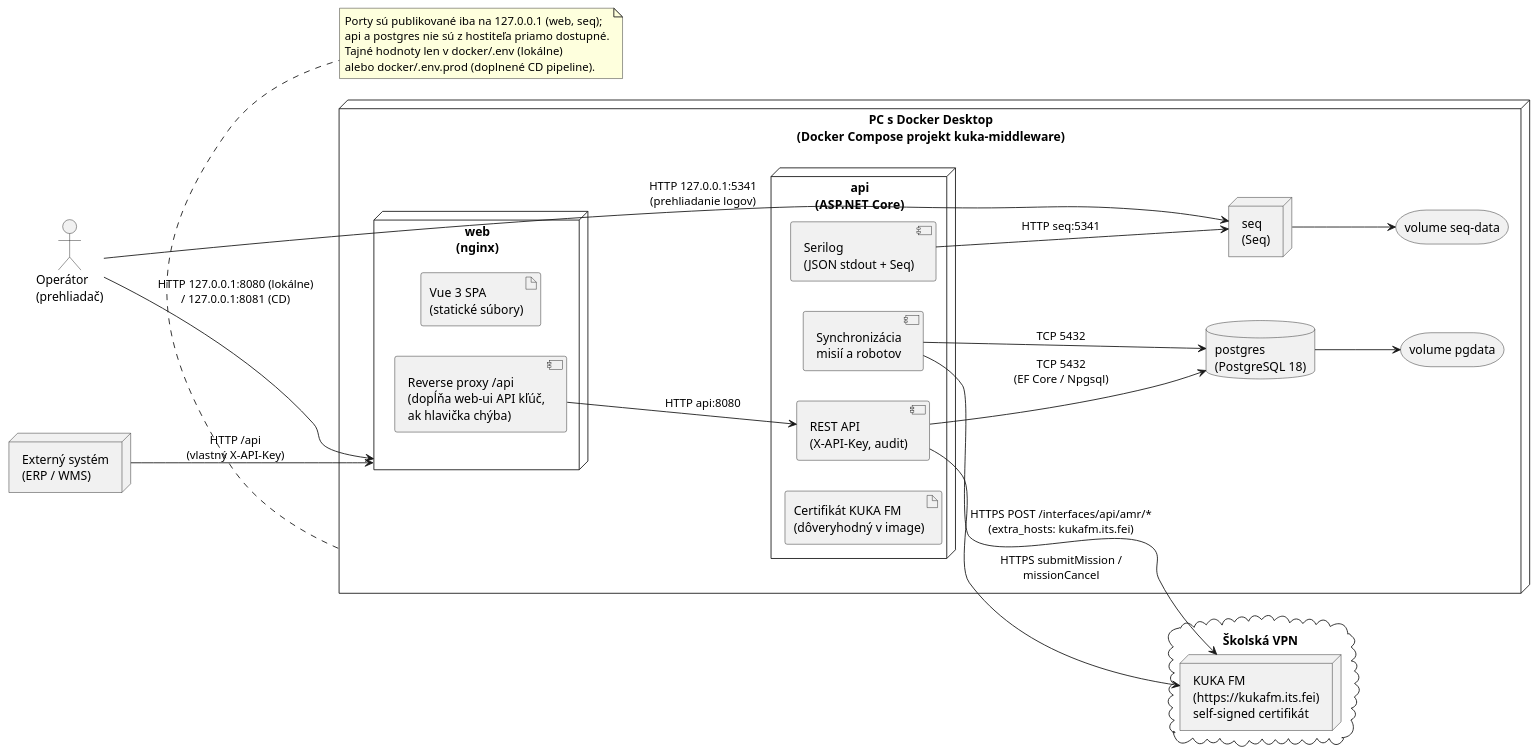
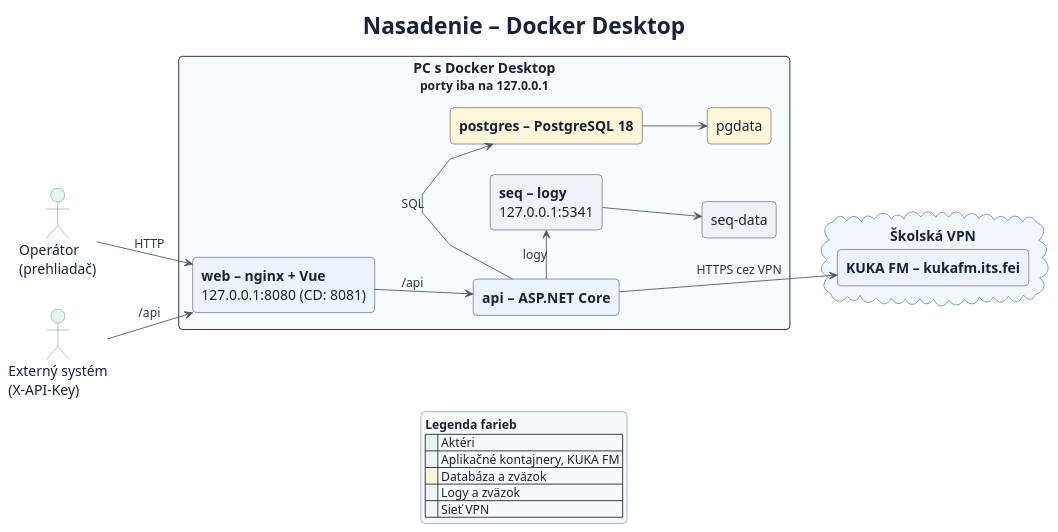
The diagram in documentation/diagrams/9.1-nasadenie.puml (McLehotsky/kuka-middleware), drawn with PlantUML before and after one commit. The commit also changed 21 other files, not shown here.

Commit message:
Redraw the as-built diagrams with colour and a clearer layout (Epic)

```diff
--- a/documentation/diagrams/9.1-nasadenie.puml
+++ b/documentation/diagrams/9.1-nasadenie.puml
@@ -1,46 +1,71 @@
 @startuml
+skinparam shadowing false
+skinparam roundCorner 9
+skinparam backgroundColor #FFFFFF
+skinparam defaultFontName Segoe UI
+skinparam defaultFontColor #182338
+skinparam defaultFontSize 16
+skinparam titleFontSize 26
+skinparam titleFontColor #182338
+skinparam ArrowColor #46566D
+skinparam ArrowFontColor #26364D
+skinparam ArrowFontSize 14
+skinparam ActivityBorderColor #7B8798
+skinparam ActivityBackgroundColor #F9FBFE
+skinparam ActivityDiamondBackgroundColor #F1EDFA
+skinparam ActivityDiamondBorderColor #A197C4
+skinparam ActivityDiamondFontSize 15
+skinparam ActivityStartColor #26364D
+skinparam ActivityEndColor #26364D
+skinparam ActivityBarColor #46566D
+
+skinparam NodeBorderColor #688098
+skinparam DatabaseBorderColor #A38234
+skinparam CloudBorderColor #6791B7
+skinparam ActorBorderColor #43835A
+skinparam ActorBackgroundColor #E5F6ED
+skinparam StorageBorderColor #7B8798
+skinparam LegendBackgroundColor #F7F9FC
+skinparam LegendBorderColor #9DAABE
+skinparam LegendFontSize 14
+skinparam linetype polyline
 left to right direction
 
+title Nasadenie <U+2013> Docker Desktop
+
 actor "Operátor\n(prehliadač)" as operator
-node "Externý systém\n(ERP / WMS)" as external
+actor "Externý systém\n(X-API-Key)" as external
 
-node "PC s Docker Desktop\n(Docker Compose projekt kuka-middleware)" as pc {
-  node "web\n(nginx)" as web {
-    artifact "Vue 3 SPA\n(statické súbory)" as spa
-    component "Reverse proxy /api\n(dopĺňa web-ui API kľúč,\nak hlavička chýba)" as proxy
-  }
-  node "api\n(ASP.NET Core)" as api {
-    component "REST API\n(X-API-Key, audit)" as rest
-    component "Synchronizácia\nmisií a robotov" as sync
-    component "Serilog\n(JSON stdout + Seq)" as serilog
-    artifact "Certifikát KUKA FM\n(dôveryhodný v image)" as cert
-  }
-  database "postgres\n(PostgreSQL 18)" as postgres
-  node "seq\n(Seq)" as seq
-  storage "volume pgdata" as pgdata
-  storage "volume seq-data" as seqdata
+rectangle "<b>PC s Docker Desktop</b>\n<size:14>porty iba na 127.0.0.1</size>" as pc #F7FAFE {
+  rectangle "<b>web <U+2013> nginx + Vue</b>\n127.0.0.1:8080 (CD: 8081)" as web #EAF3FF
+  rectangle "<b>api <U+2013> ASP.NET Core</b>" as api #EAF3FF
+  rectangle "<b>postgres <U+2013> PostgreSQL 18</b>" as postgres #FFF5DA
+  rectangle "<b>seq <U+2013> logy</b>\n127.0.0.1:5341" as seq #EEF2F7
+  rectangle "pgdata" as pgdata #FFF5DA
+  rectangle "seq-data" as seqdata #EEF2F7
 }
 
-cloud "Školská VPN" as vpn {
-  node "KUKA FM\n(https://kukafm.its.fei)\nself-signed certifikát" as kuka
+cloud "<b>Školská VPN</b>" as vpn #F1F7FE {
+  rectangle "<b>KUKA FM <U+2013> kukafm.its.fei</b>" as kuka #EAF3FF
 }
 
-operator --> web : HTTP 127.0.0.1:8080 (lokálne)\n/ 127.0.0.1:8081 (CD)
-external --> web : HTTP /api\n(vlastný X-API-Key)
-proxy --> rest : HTTP api:8080
-rest --> postgres : TCP 5432\n(EF Core / Npgsql)
-sync --> postgres : TCP 5432
+operator --> web : HTTP
+operator -[hidden]right-> external
+external --> web : /api
+web --> api : /api
+api -right-> postgres : SQL
+api -left-> seq : logy
+api --> kuka : HTTPS cez VPN
+seqdata -[hidden]-> kuka
 postgres --> pgdata
-serilog --> seq : HTTP seq:5341
 seq --> seqdata
-operator --> seq : HTTP 127.0.0.1:5341\n(prehliadanie logov)
-sync --> kuka : HTTPS POST /interfaces/api/amr/*\n(extra_hosts: kukafm.its.fei)
-rest --> kuka : HTTPS submitMission /\nmissionCancel
 
-note bottom of pc
-  Porty sú publikované iba na 127.0.0.1 (web, seq);
-  api a postgres nie sú z hostiteľa priamo dostupné.
-  Tajné hodnoty len v docker/.env (lokálne)
-  alebo docker/.env.prod (doplnené CD pipeline).
-end note
+legend bottom
+  <b>Legenda farieb</b>
+  |<#E5F6ED>    | Aktéri |
+  |<#EAF3FF>    | Aplikačné kontajnery, KUKA FM |
+  |<#FFF5DA>    | Databáza a zväzok |
+  |<#EEF2F7>    | Logy a zväzok |
+  |<#F1F7FE>    | Sieť VPN |
+endlegend
 @enduml
```
